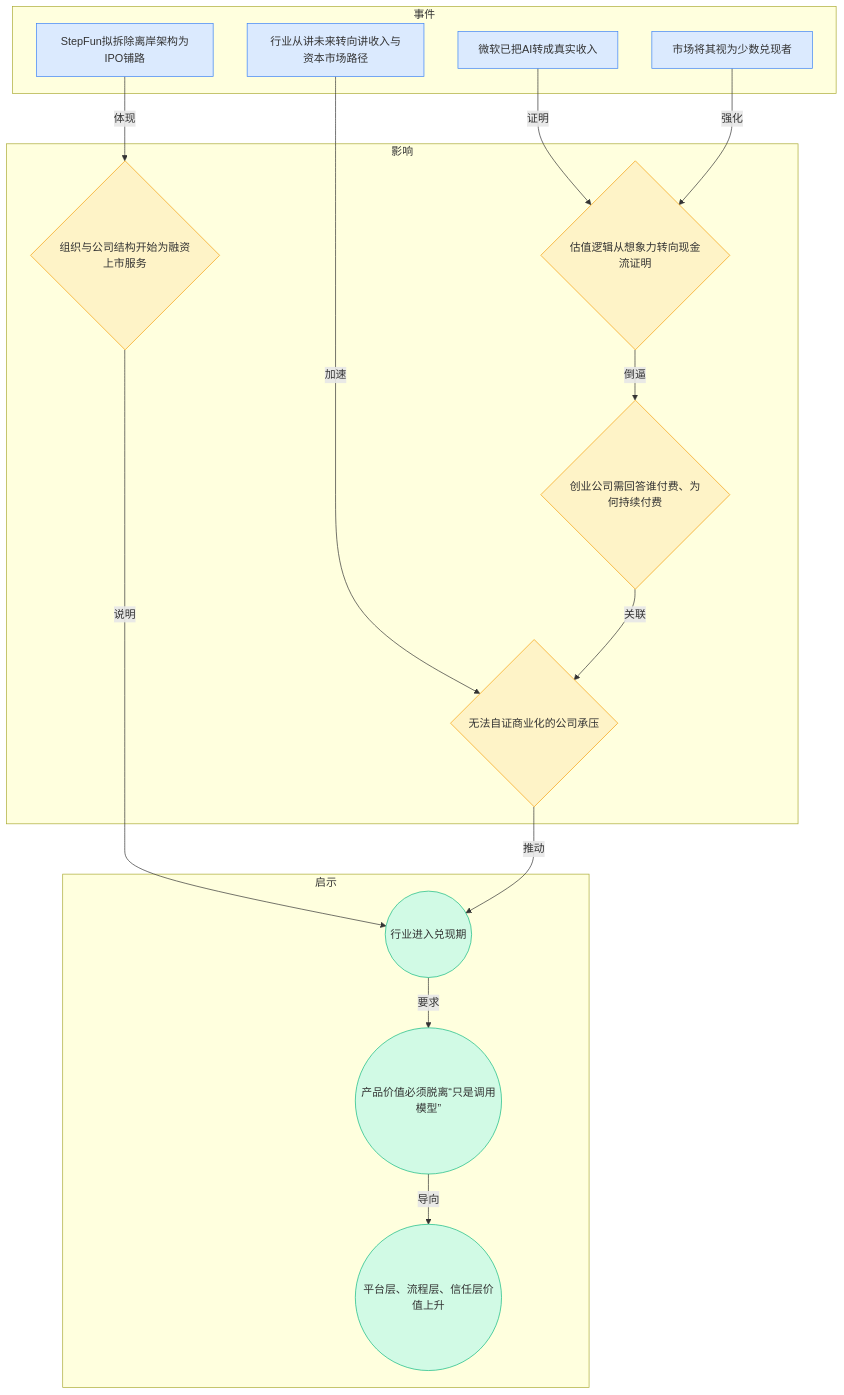
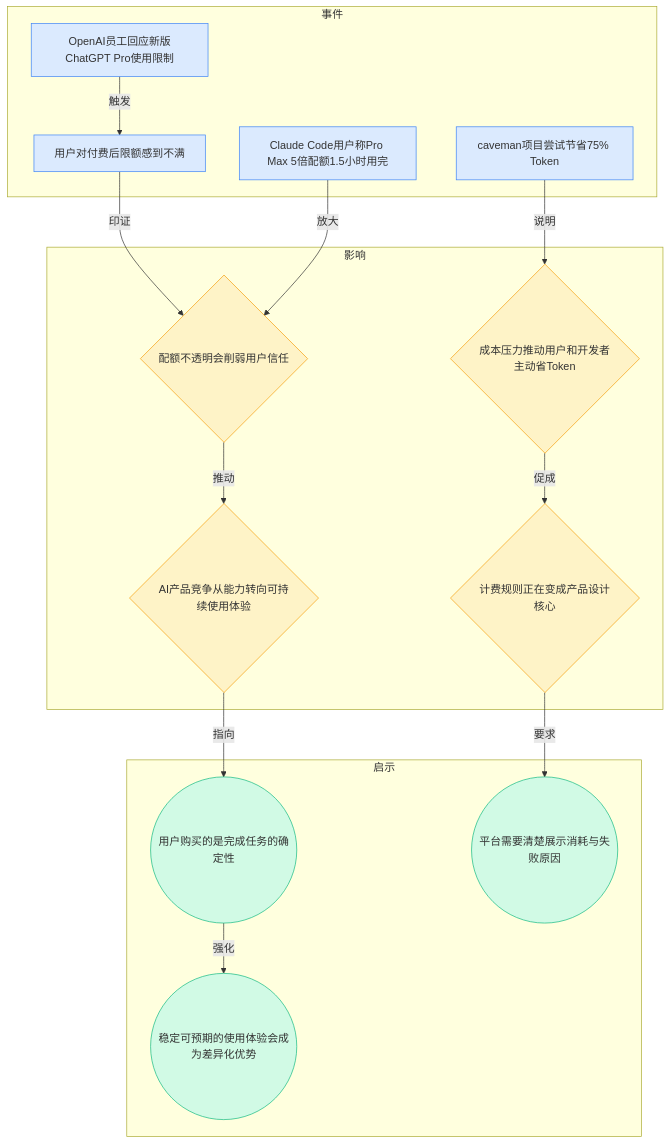
The fourth of 7 diagrams in content/cn/blog/weekly/2026-W16.md (ylzsdafei/ai-daily-site), drawn with Mermaid before and after one commit. The commit also changed other lines of this file and 2 other files, not shown here.

Commit message:
fix: 展开详细图谱改超链接样式 + 更新周报内容

````diff
--- a/content/cn/blog/weekly/2026-W16.md
+++ b/content/cn/blog/weekly/2026-W16.md
@@ -99,36 +98,35 @@
 ```mermaid
 graph TD
 subgraph 事件
-A[微软已把AI转成真实收入]
-B[市场将其视为少数兑现者]
-C[StepFun拟拆除离岸架构为IPO铺路]
-D[行业从讲未来转向讲收入与资本市场路径]
+A[OpenAI员工回应新版ChatGPT Pro使用限制]
+B[用户对付费后限额感到不满]
+C[Claude Code用户称Pro Max 5倍配额1.5小时用完]
+D[caveman项目尝试节省75% Token]
 end
 subgraph 影响
-E{估值逻辑从想象力转向现金流证明}
-F{创业公司需回答谁付费、为何持续付费}
-G{组织与公司结构开始为融资上市服务}
-H{无法自证商业化的公司承压}
+E{AI产品竞争从能力转向可持续使用体验}
+F{配额不透明会削弱用户信任}
+G{成本压力推动用户和开发者主动省Token}
+H{计费规则正在变成产品设计核心}
 end
 subgraph 启示
-I((行业进入兑现期))
-J((产品价值必须脱离“只是调用模型”))
-K((平台层、流程层、信任层价值上升))
+I((用户购买的是完成任务的确定性))
+J((平台需要清楚展示消耗与失败原因))
+K((稳定可预期的使用体验会成为差异化优势))
 end
-A -->|证明| E
-B -->|强化| E
-C -->|体现| G
-D -->|加速| H
-E -->|倒逼| F
-F -->|关联| H
-G -->|说明| I
-H -->|推动| I
-I -->|要求| J
-J -->|导向| K
+A -->|触发| B
+B -->|印证| F
+C -->|放大| F
+D -->|说明| G
+F -->|推动| E
+G -->|促成| H
+E -->|指向| I
+H -->|要求| J
+I -->|强化| K
 classDef blue fill:#dbeafe,stroke:#3b82f6
 classDef yellow fill:#fef3c7,stroke:#f59e0b
 classDef green fill:#d1fae5,stroke:#10b981
 class A,B,C,D blue
 class E,F,G,H yellow
 class I,J,K green
 ```
````
